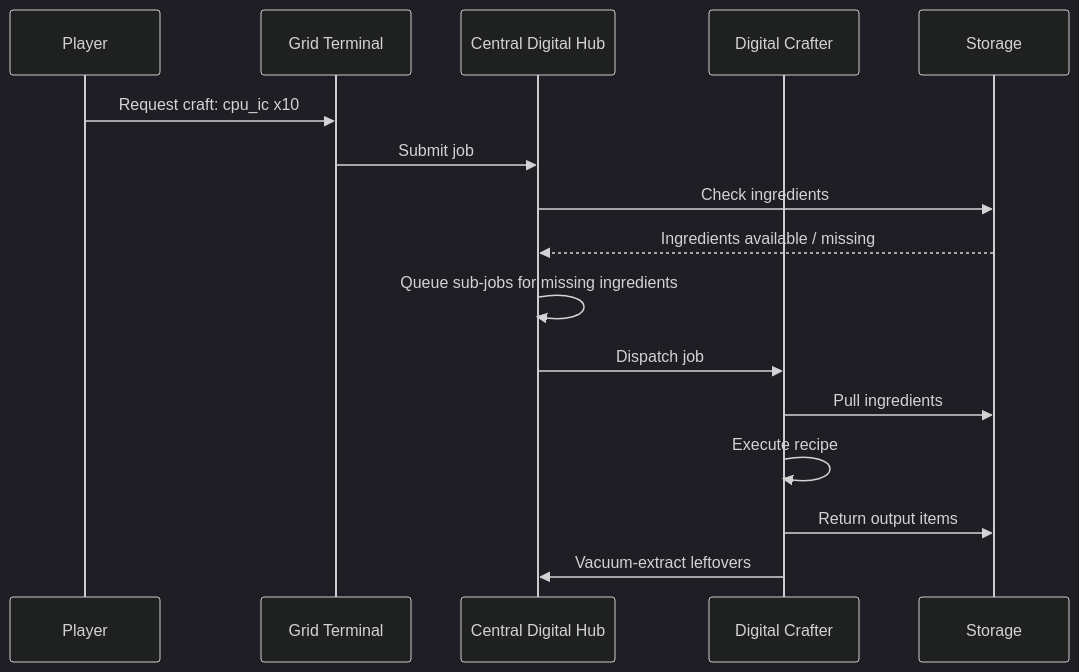
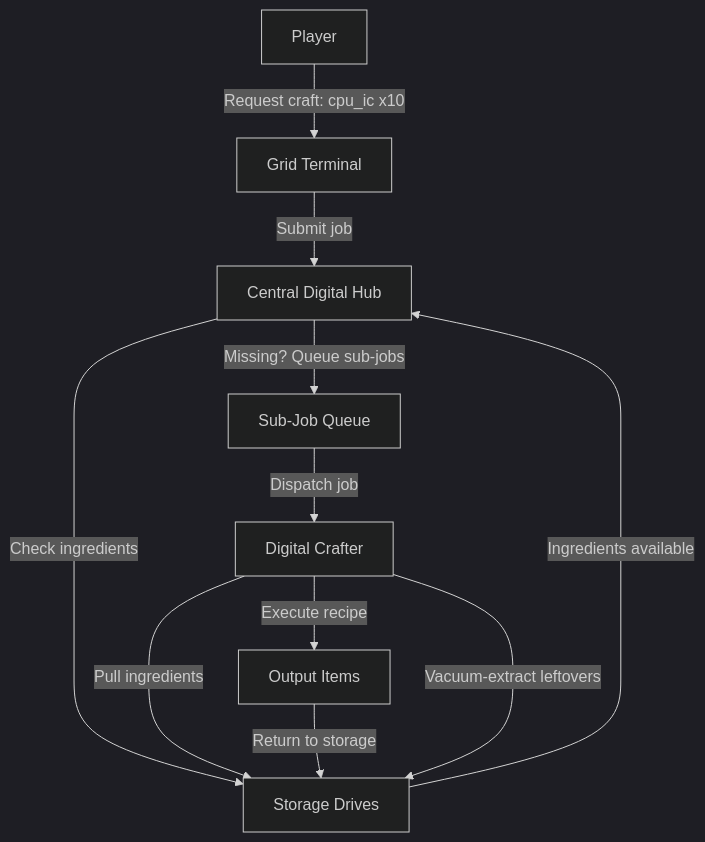
One commit to pourgb/root.works changed diagram 14 of 28 in WIKI.md. Above: the diagram before and after it, drawn with Mermaid (dark theme). The commit also changed other lines of this file, not shown here.

Commit message:
fix mermaid diagrams not rendering (backslash n go bye bye, use br/ now)

````diff
--- a/WIKI.md
+++ b/WIKI.md
@@ -478,19 +478,13 @@
 ```mermaid
-sequenceDiagram
-    participant Player
-    participant Terminal as Grid Terminal
-    participant CDH as Central Digital Hub
-    participant Crafter as Digital Crafter
-    participant Storage
-
-    Player->>Terminal: Request craft: cpu_ic x10
-    Terminal->>CDH: Submit job
-    CDH->>Storage: Check ingredients
-    Storage-->>CDH: Ingredients available / missing
-    CDH->>CDH: Queue sub-jobs for missing ingredients
-    CDH->>Crafter: Dispatch job
-    Crafter->>Storage: Pull ingredients
-    Crafter->>Crafter: Execute recipe
-    Crafter->>Storage: Return output items
-    Crafter->>CDH: Vacuum-extract leftovers
+flowchart TD
+    Player["Player"] -->|Request craft: cpu_ic x10| Terminal[Grid Terminal]
+    Terminal -->|Submit job| CDH[Central Digital Hub]
+    CDH -->|Check ingredients| Storage[Storage Drives]
+    Storage -->|Ingredients available| CDH
+    CDH -->|Missing? Queue sub-jobs| CDH2[Sub-Job Queue]
+    CDH2 -->|Dispatch job| Crafter[Digital Crafter]
+    Crafter -->|Pull ingredients| Storage
+    Crafter -->|Execute recipe| Output[Output Items]
+    Output -->|Return to storage| Storage
+    Crafter -->|Vacuum-extract leftovers| Storage
 ```
````
